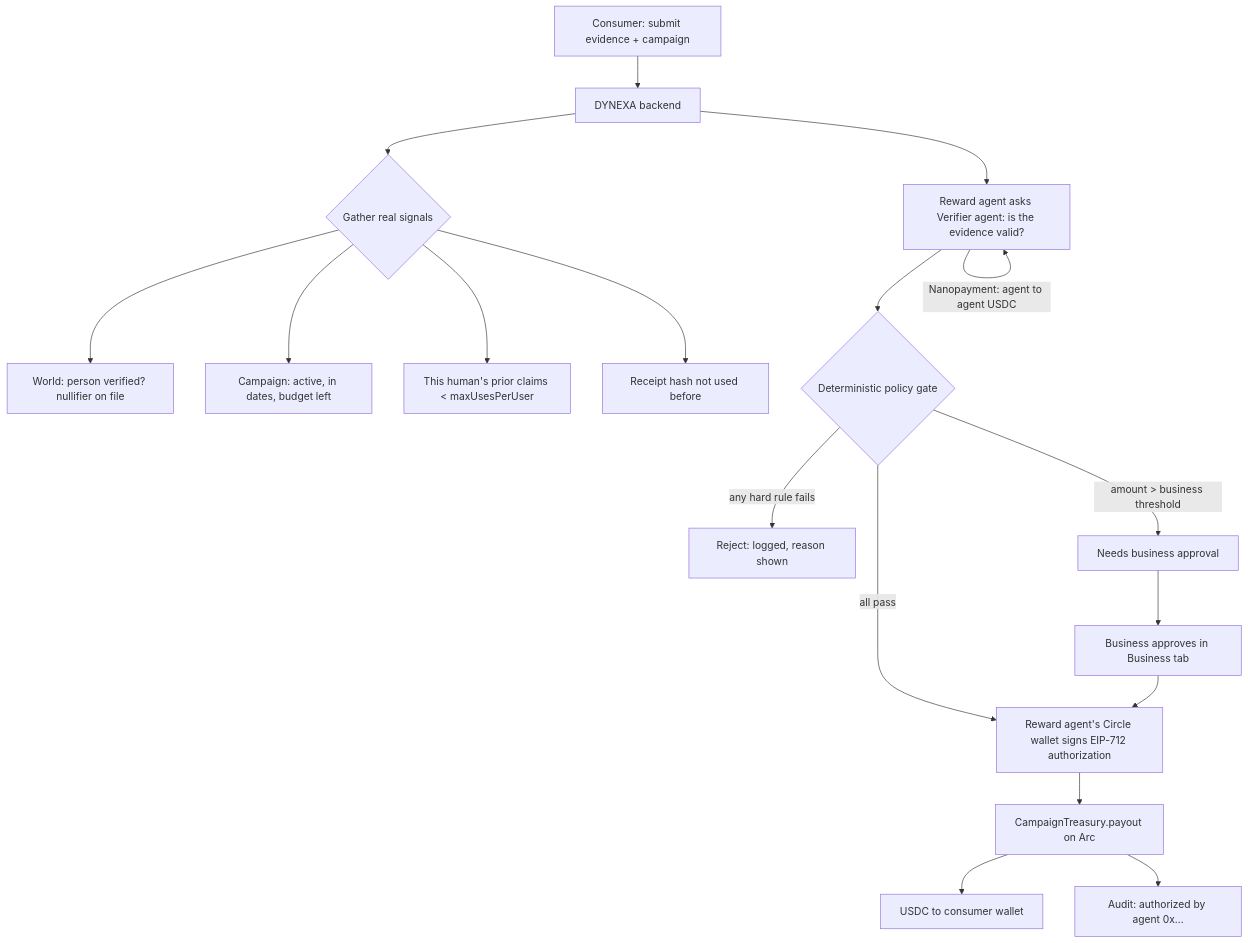
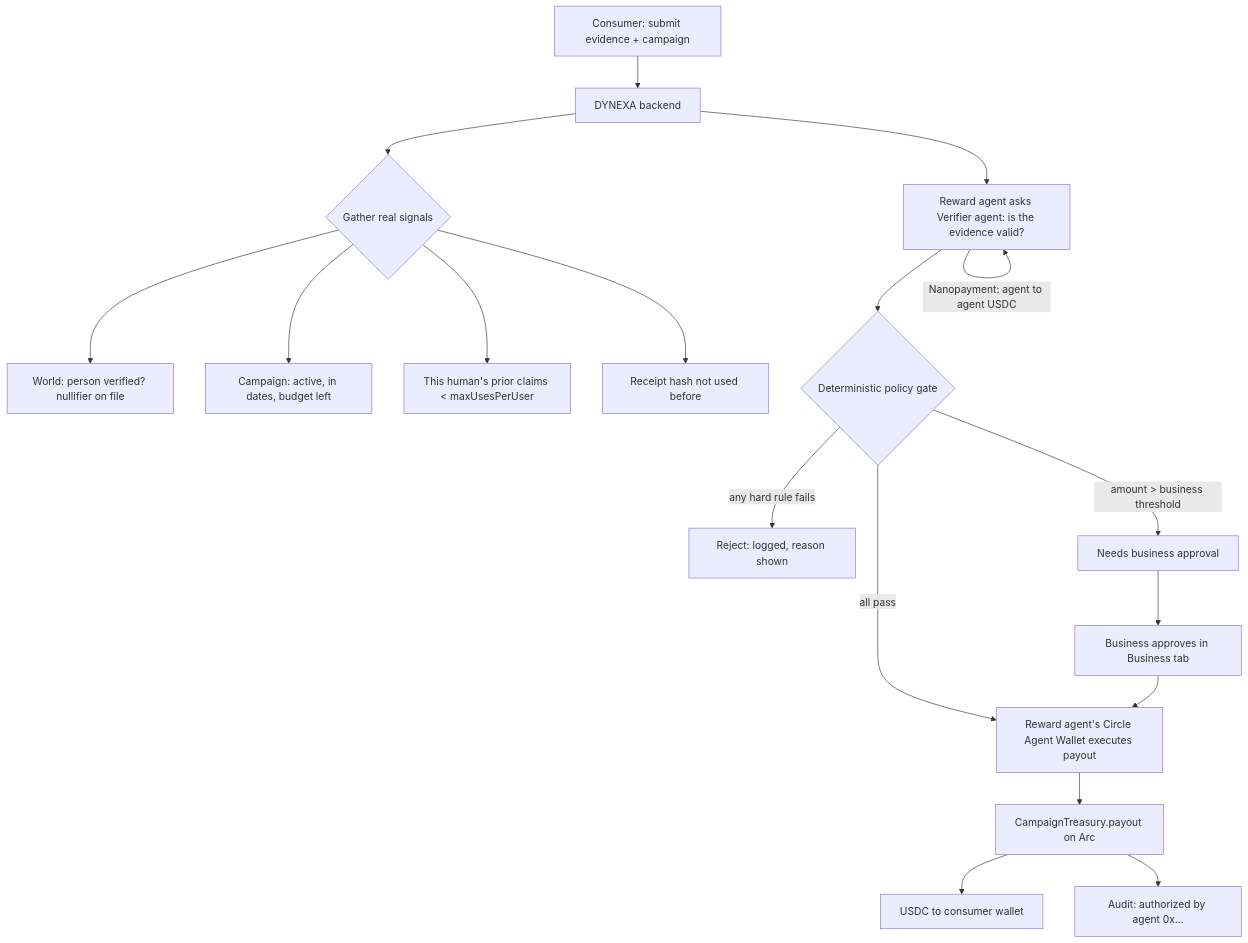
The diagram in docs/ARCHITECTURE.md (themaurixbo/dynexa-real-people-real-loyalty), drawn with Mermaid before and after one commit. The commit also changed other lines of this file and 19 other files, not shown here.

First line of the commit message:
Add backend: autonomous reward agent, Circle Agent Wallet payout

````diff
--- a/docs/ARCHITECTURE.md
+++ b/docs/ARCHITECTURE.md
@@ -18,19 +18,19 @@
 ```mermaid
 flowchart TD
     C[Consumer: submit evidence + campaign] --> API[DYNEXA backend]
     API --> S{Gather real signals}
     S --> S1[World: person verified? nullifier on file]
     S --> S2[Campaign: active, in dates, budget left]
     S --> S3[This human's prior claims < maxUsesPerUser]
     S --> S4[Receipt hash not used before]
     API --> V[Reward agent asks Verifier agent: is the evidence valid?]
     V -- Nanopayment: agent to agent USDC --> V
     V --> D{Deterministic policy gate}
     D -- any hard rule fails --> R[Reject: logged, reason shown]
     D -- amount > business threshold --> H[Needs business approval]
-    D -- all pass --> SIGN[Reward agent's Circle wallet signs EIP-712 authorization]
+    D -- all pass --> SIGN[Reward agent's Circle Agent Wallet executes payout]
     SIGN --> PAY[CampaignTreasury.payout on Arc]
     PAY --> USDC[USDC to consumer wallet]
     PAY --> LOG[Audit: authorized by agent 0x...]
     H --> BIZ[Business approves in Business tab] --> SIGN
 ```
````
